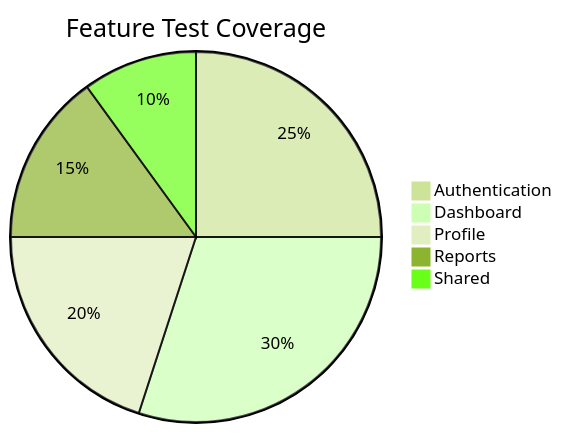
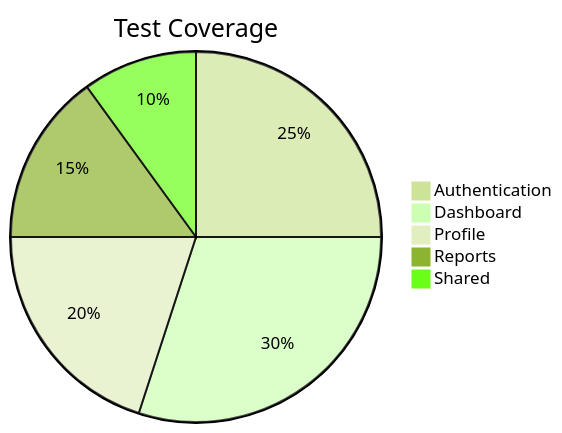
One commit to sep490-drivemate-system/webapp changed diagram 11 of 17 in README.md. Above: the diagram before and after it, drawn with Mermaid (forest theme). The commit also changed other lines of this file and 1 other file, not shown here.

````diff
--- a/README.md
+++ b/README.md
@@ -463,8 +291,8 @@
 ```mermaid
-pie title Feature Test Coverage
+pie title Test Coverage
     "Authentication" : 25
     "Dashboard" : 30
     "Profile" : 20
     "Reports" : 15
     "Shared" : 10
 ```
````
